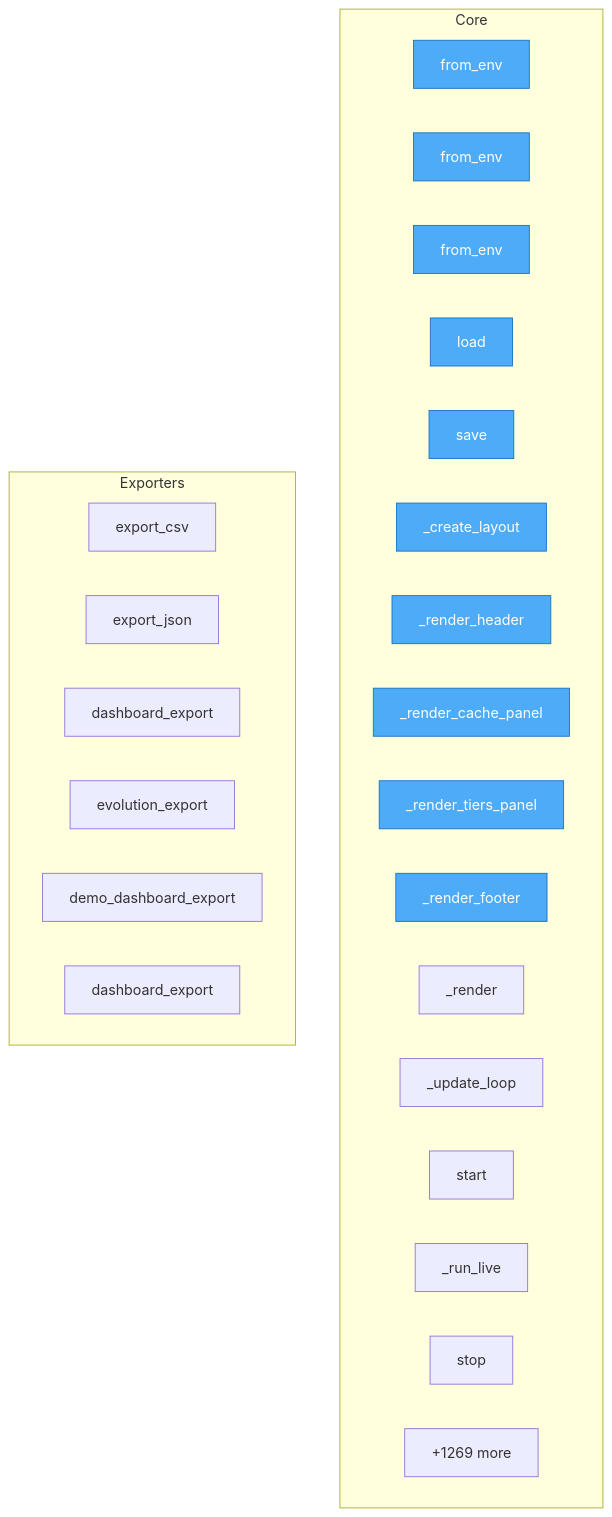
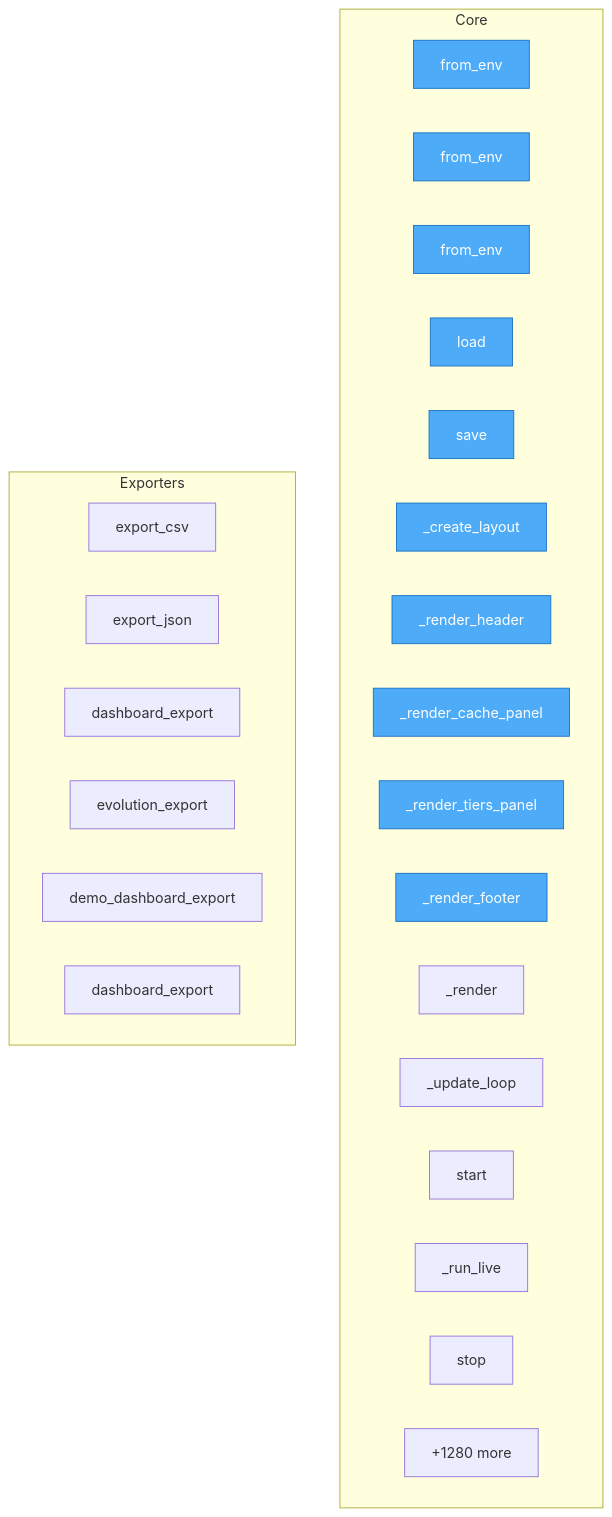
Before and after one commit to semcod/algitex: the diagram in project/flow.mmd, drawn with Mermaid. The commit also changed 25 other files, not shown here.

```diff
--- a/project/flow.mmd
+++ b/project/flow.mmd
@@ -1,34 +1,34 @@
 flowchart TD
 
     %% Entry points (blue)
     classDef entry fill:#4dabf7,stroke:#1971c2,color:#fff
 
     subgraph Core
         src__algitex__config__ProxyConfig__from_env["from_env"]
         src__algitex__config__TicketConfig__from_env["from_env"]
         src__algitex__config__AnalysisConfig__from_env["from_env"]
         src__algitex__config__Config__load["load"]
         src__algitex__config__Config__save["save"]
         src__algitex__dashboard__LiveDashboard___create_layout["_create_layout"]
         src__algitex__dashboard__LiveDashboard___render_header["_render_header"]
         src__algitex__dashboard__LiveDashboard___render_cache_panel["_render_cache_panel"]
         src__algitex__dashboard__LiveDashboard___render_tiers_panel["_render_tiers_panel"]
         src__algitex__dashboard__LiveDashboard___render_footer["_render_footer"]
         src__algitex__dashboard__LiveDashboard___render["_render"]
         src__algitex__dashboard__LiveDashboard___update_loop["_update_loop"]
         src__algitex__dashboard__LiveDashboard__start["start"]
         src__algitex__dashboard__LiveDashboard___run_live["_run_live"]
         src__algitex__dashboard__LiveDashboard__stop["stop"]
-        ...["+1269 more"]
+        ...["+1280 more"]
     end
 
     subgraph Exporters
         src__algitex__metrics__MetricsReporter__export_csv["export_csv"]
         src__algitex__benchmark__BenchmarkRunner__export_json["export_json"]
         src__algitex__cli__dashboard__dashboard_export["dashboard_export"]
         project__map__toon__evolution_export["evolution_export"]
         project__map__toon__demo_dashboard_export["demo_dashboard_export"]
         project__map__toon__dashboard_export["dashboard_export"]
     end
 
     class src__algitex__config__ProxyConfig__from_env,src__algitex__config__TicketConfig__from_env,src__algitex__config__AnalysisConfig__from_env,src__algitex__config__Config__load,src__algitex__config__Config__save,src__algitex__dashboard__LiveDashboard___create_layout,src__algitex__dashboard__LiveDashboard___render_header,src__algitex__dashboard__LiveDashboard___render_cache_panel,src__algitex__dashboard__LiveDashboard___render_tiers_panel,src__algitex__dashboard__LiveDashboard___render_footer entry
```
